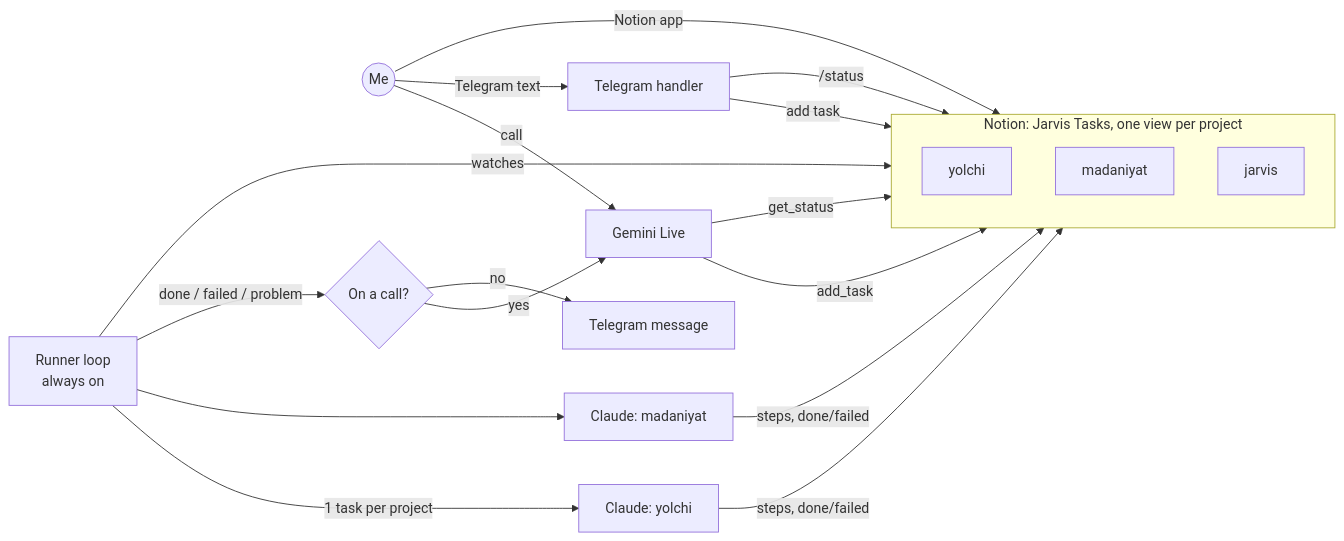
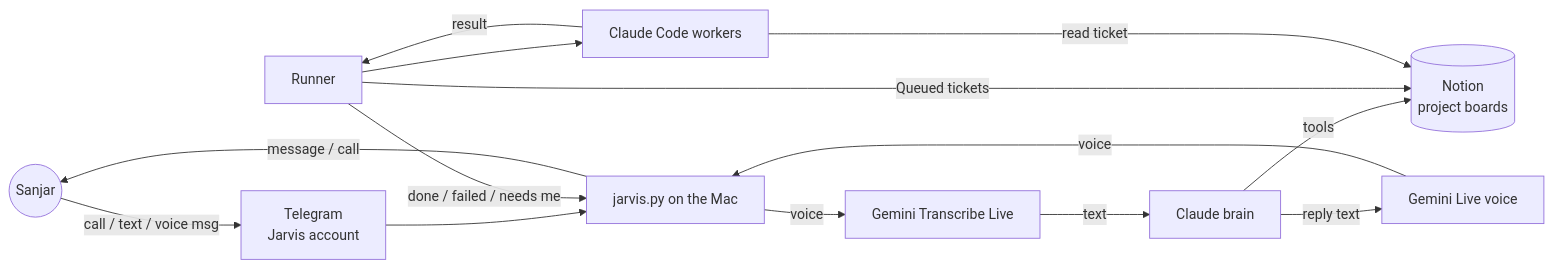
The first of 2 diagrams in docs/JARVIS_PLAN.md (Sanjarbek17/jarvis_agent), drawn with Mermaid before and after one commit. The commit also changed other lines of this file, not shown here.

Commit message:
Rewrite plan doc as a short system-flow overview

````diff
--- a/docs/JARVIS_PLAN.md
+++ b/docs/JARVIS_PLAN.md
@@ -226,25 +6,16 @@
 ```mermaid
 flowchart LR
-    Me((Me)) -- call --> G[Gemini Live]
-    Me -- Telegram text --> TB[Telegram handler]
-    G -- add_task --> Boards
-    TB -- add task --> Boards
-    G -- get_status --> Boards
-    TB -- /status --> Boards
-
-    subgraph Boards[Notion: Jarvis Tasks, one view per project]
-        B1[yolchi]
-        B2[madaniyat]
-        B3[jarvis]
-    end
-    Me -- Notion app --> Boards
-
-    R[Runner loop<br/>always on] -- watches --> Boards
-    R -- 1 task per project --> W1[Claude: yolchi]
-    R --> W2[Claude: madaniyat]
-    W1 -- steps, done/failed --> Boards
-    W2 -- steps, done/failed --> Boards
-    R -- done / failed / problem --> N{On a call?}
-    N -- yes --> G
-    N -- no --> T[Telegram message]
+    Me((Sanjar)) -- call / text / voice msg --> TG[Telegram<br/>Jarvis account]
+    TG --> J[jarvis.py on the Mac]
+    J -- voice --> Ears[Gemini Transcribe Live]
+    Ears -- text --> Brain[Claude brain]
+    Brain -- tools --> N[(Notion<br/>project boards)]
+    Brain -- reply text --> Mouth[Gemini Live voice]
+    Mouth -- voice --> J
+    R[Runner] -- Queued tickets --> N
+    R --> W[Claude Code workers]
+    W -- read ticket --> N
+    W -- result --> R
+    R -- done / failed / needs me --> J
+    J -- message / call --> Me
 ```
````
